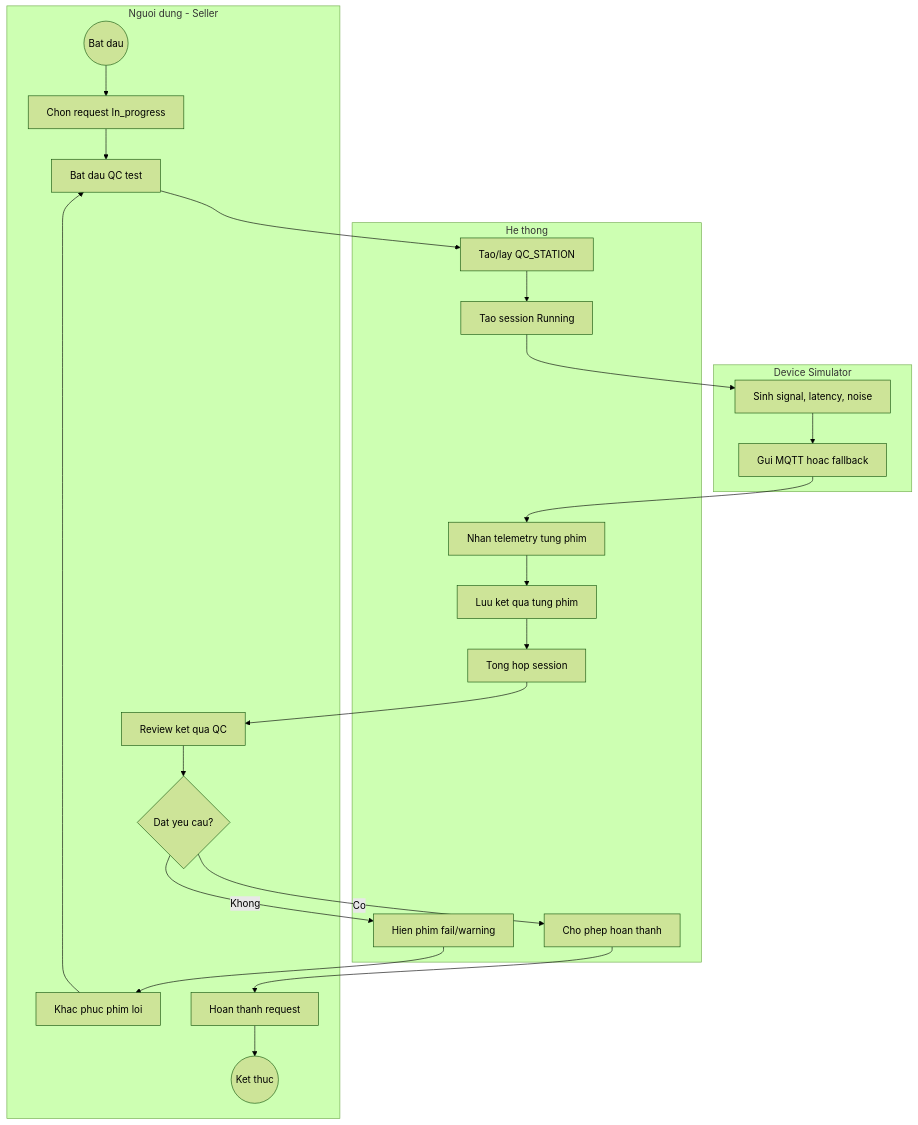
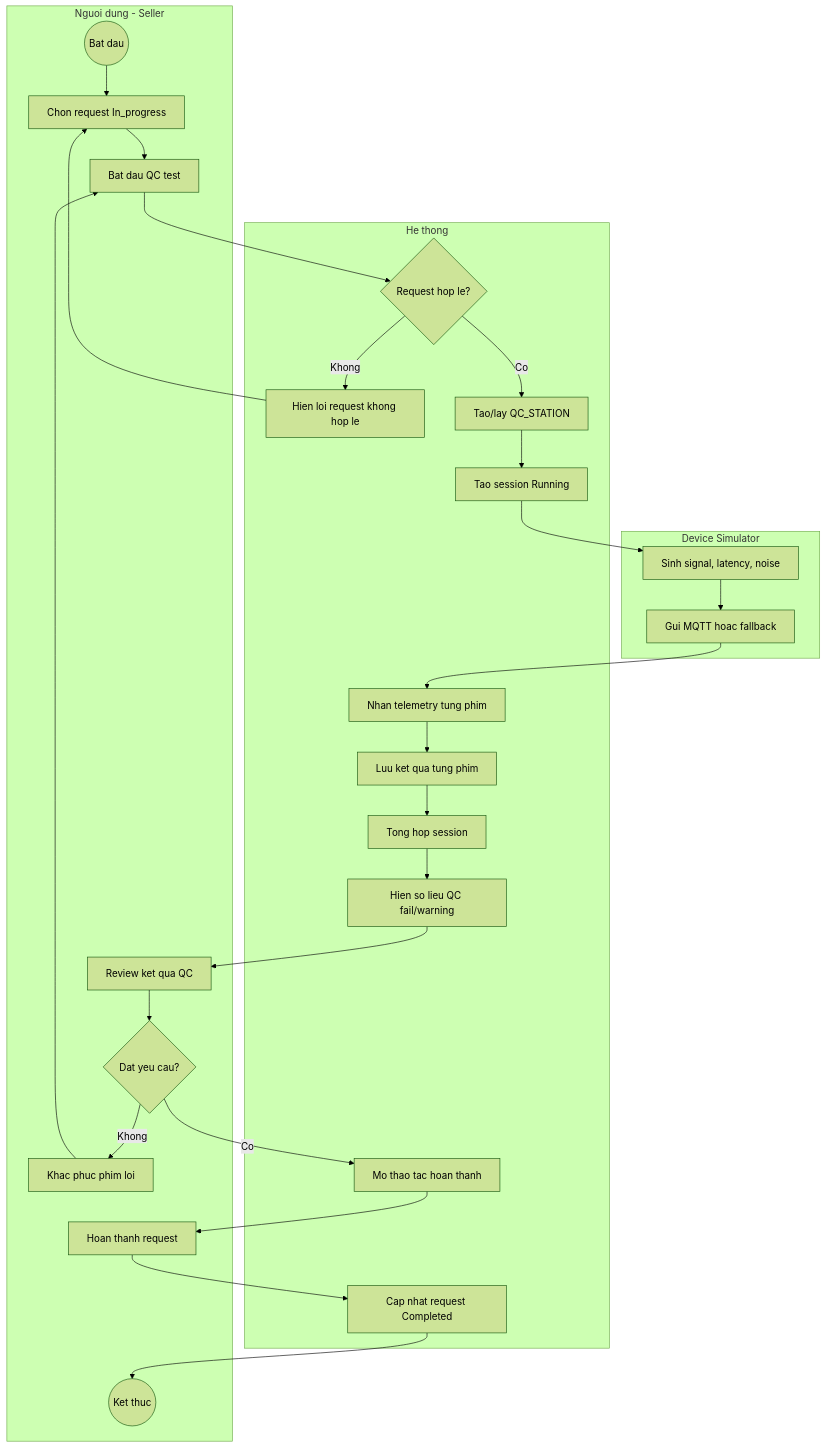
Before and after one commit to froynar/Custom_keyboard: the sixth of 6 diagrams in Documents_Refactor/Custom_Keyboard_Activity_Diagrams_Simplified.md, drawn with Mermaid (forest theme). The commit also changed other lines of this file and 194 other files, not shown here.

````diff
--- a/Documents_Refactor/Custom_Keyboard_Activity_Diagrams_Simplified.md
+++ b/Documents_Refactor/Custom_Keyboard_Activity_Diagrams_Simplified.md
@@ -227,32 +225,37 @@
 ```mermaid
 flowchart TD
     subgraph SellerLane["Nguoi dung - Seller"]
         Start((Bat dau))
         SelectRequest[Chon request In_progress]
         StartQc[Bat dau QC test]
         Review[Review ket qua QC]
         Decide{Dat yeu cau?}
         Fix[Khac phuc phim loi]
         Complete[Hoan thanh request]
         End((Ket thuc))
     end
 
     subgraph SystemLane["He thong"]
+        ValidateRequest{Request hop le?}
+        ShowRequestError[Hien loi request khong hop le]
         CreateDevice[Tao/lay QC_STATION]
         CreateSession[Tao session Running]
         ReceiveData[Nhan telemetry tung phim]
         SaveResult[Luu ket qua tung phim]
         Aggregate[Tong hop session]
-        ShowFail[Hien phim fail/warning]
-        ShowPass[Cho phep hoan thanh]
+        ShowMetrics[Hien so lieu QC fail/warning]
+        EnableComplete[Mo thao tac hoan thanh]
+        UpdateCompleted[Cap nhat request Completed]
     end
 
     subgraph DeviceLane["Device Simulator"]
         Generate[Sinh signal, latency, noise]
         Publish[Gui MQTT hoac fallback]
     end
 
-    Start --> SelectRequest --> StartQc --> CreateDevice --> CreateSession --> Generate --> Publish --> ReceiveData --> SaveResult --> Aggregate --> Review --> Decide
-    Decide -- Khong --> ShowFail --> Fix --> StartQc
-    Decide -- Co --> ShowPass --> Complete --> End
+    Start --> SelectRequest --> StartQc --> ValidateRequest
+    ValidateRequest -- Khong --> ShowRequestError --> SelectRequest
+    ValidateRequest -- Co --> CreateDevice --> CreateSession --> Generate --> Publish --> ReceiveData --> SaveResult --> Aggregate --> ShowMetrics --> Review --> Decide
+    Decide -- Khong --> Fix --> StartQc
+    Decide -- Co --> EnableComplete --> Complete --> UpdateCompleted --> End
 ```
````
